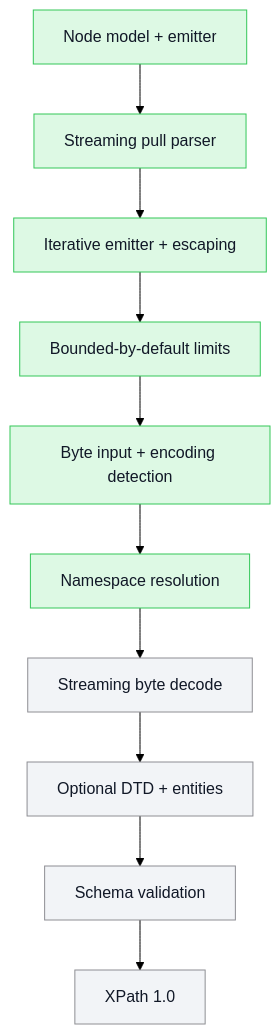
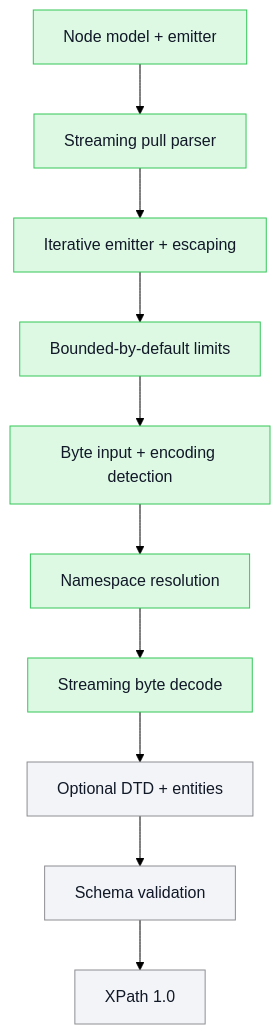
One commit to mihaelamj/PureXML changed the second of 2 diagrams in README.md. Above: the diagram before and after it, drawn with Mermaid (forest theme). The commit also changed 5 other files, not shown here.

First line of the commit message:
feat(parser): streaming byte decode (incremental UTF-8/UTF-16)

````diff
--- a/README.md
+++ b/README.md
@@ -45,26 +45,26 @@
 ```mermaid
 flowchart TB
   classDef done fill:#ddf9e4,stroke:#34c759,color:#111827
   classDef review fill:#fff7d6,stroke:#ffcc00,color:#111827
   classDef epic fill:#f2e5ff,stroke:#af52de,color:#111827
   classDef todo fill:#f2f4f7,stroke:#8e8e93,color:#111827
   Model["Node model + emitter"]:::done
   Stream["Streaming pull parser"]:::done
   Escape["Iterative emitter + escaping"]:::done
   Limits["Bounded-by-default limits"]:::done
   Bytes["Byte input + encoding detection"]:::done
   Namespaces["Namespace resolution"]:::done
-  ByteStream["Streaming byte decode"]:::todo
+  ByteStream["Streaming byte decode"]:::done
   DTD["Optional DTD + entities"]:::todo
   Validation["Schema validation"]:::todo
   XPath["XPath 1.0"]:::todo
   Model --> Stream
   Stream --> Escape
   Escape --> Limits
   Limits --> Bytes
   Bytes --> Namespaces
   Namespaces --> ByteStream
   ByteStream --> DTD
   DTD --> Validation
   Validation --> XPath
 ```
````
